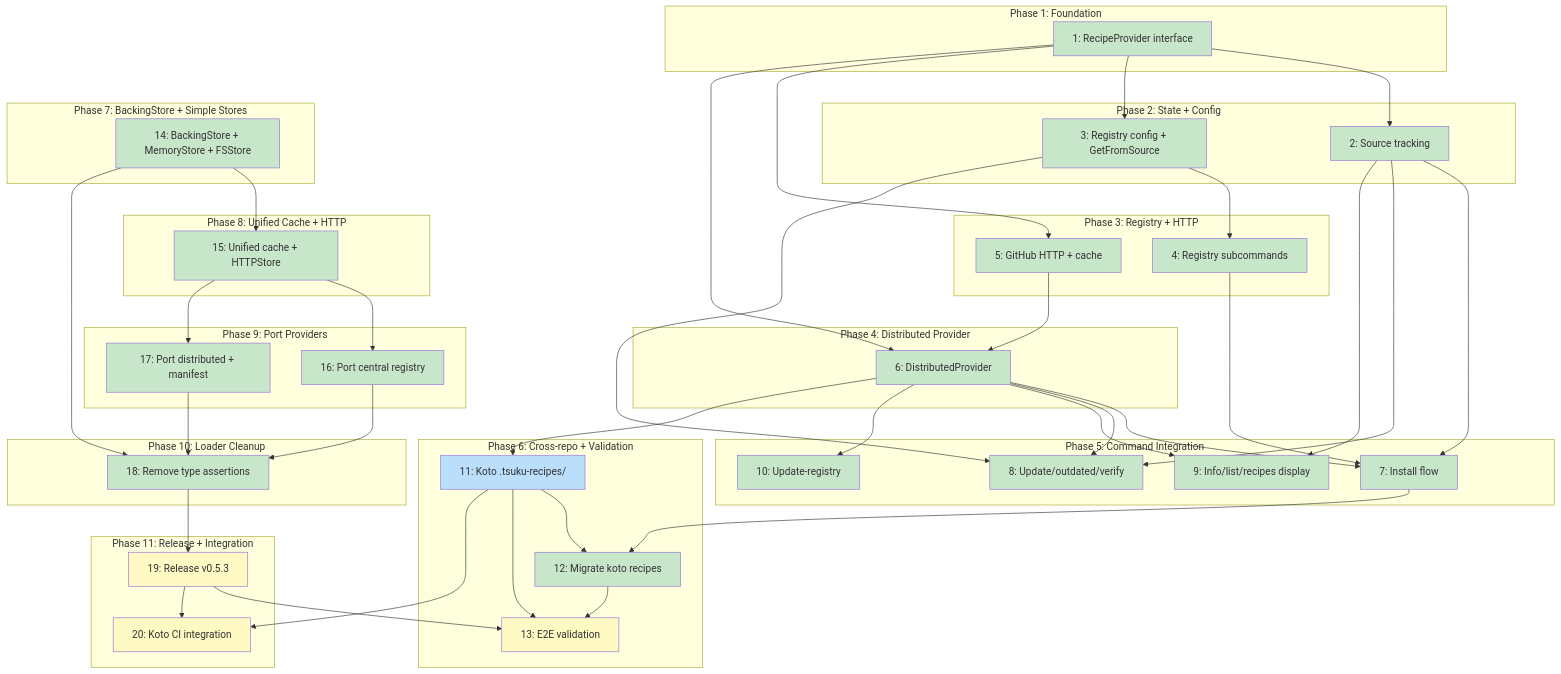
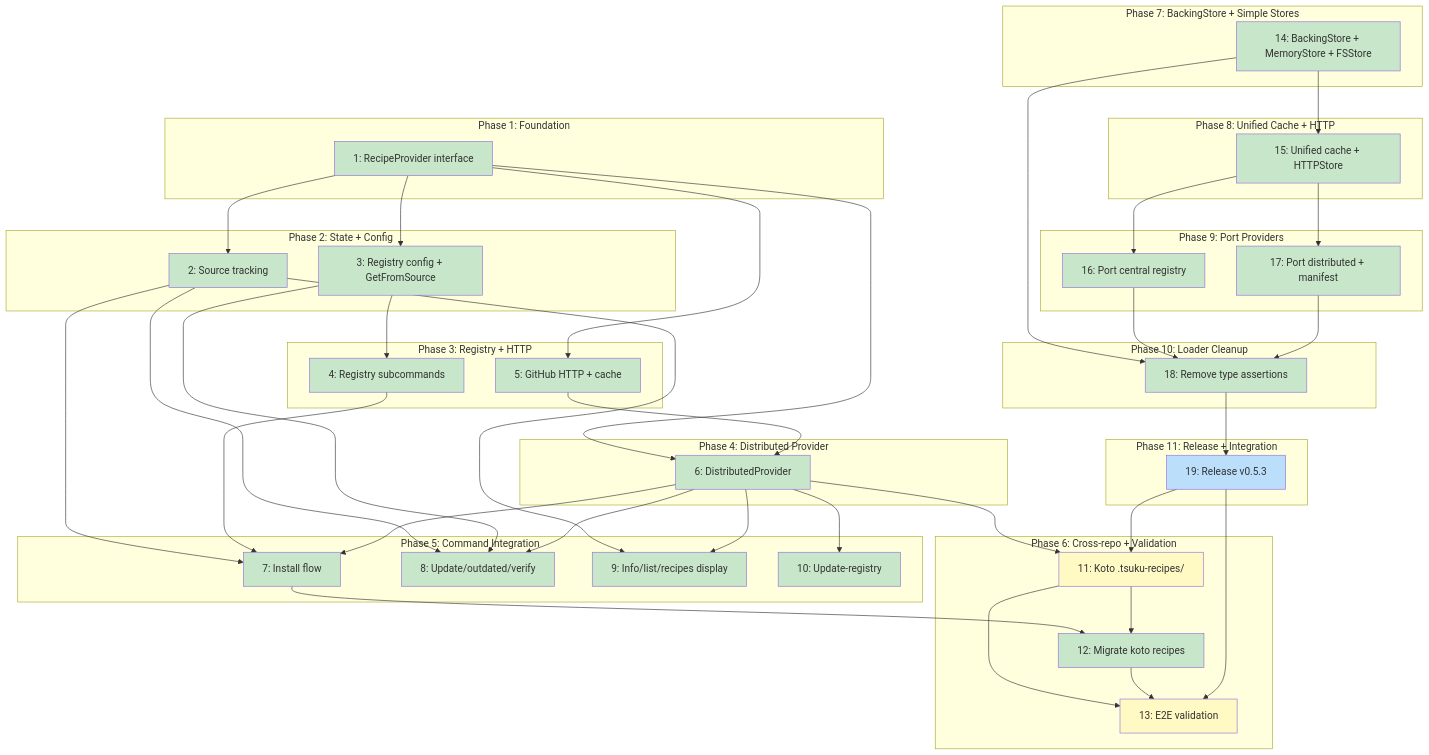
One commit to tsukumogami/tsuku changed the diagram in docs/plans/PLAN-distributed-recipes.md. Above: the diagram before and after it, drawn with Mermaid. The commit also changed other lines of this file, not shown here.

First line of the commit message:
fix(plan): fold Issue 20 into Issue 11, make koto PR depend on v0.5.3

````diff
--- a/docs/plans/PLAN-distributed-recipes.md
+++ b/docs/plans/PLAN-distributed-recipes.md
@@ -612,7 +602,6 @@
 
     subgraph Phase11["Phase 11: Release + Integration"]
         I19["19: Release v0.5.3"]
-        I20["20: Koto CI integration"]
     end
 
     I1 --> I2
@@ -631,6 +620,7 @@
     I6 --> I9
     I6 --> I10
     I6 --> I11
+    I19 --> I11
     I7 --> I12
     I11 --> I12
     I11 --> I13
@@ -643,8 +633,6 @@
     I16 --> I18
     I17 --> I18
     I18 --> I19
-    I11 --> I20
-    I19 --> I20
 
     classDef done fill:#c8e6c9
     classDef ready fill:#bbdefb
@@ -657,6 +645,6 @@
     classDef tracksPlan fill:#FFE0B2,stroke:#F57C00,color:#000
 
     class I1,I2,I3,I4,I5,I6,I7,I8,I9,I10,I12,I14,I15,I16,I17,I18 done
-    class I11 ready
-    class I13,I19,I20 blocked
+    class I19 ready
+    class I11,I13 blocked
 ```
````
